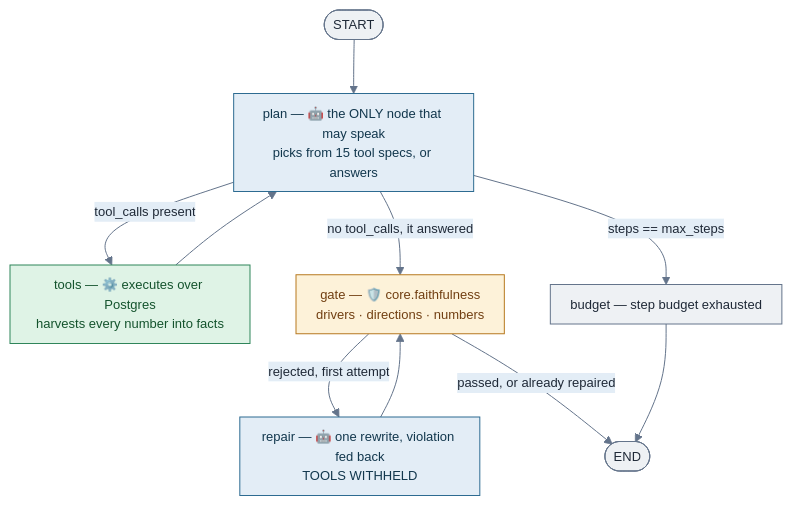
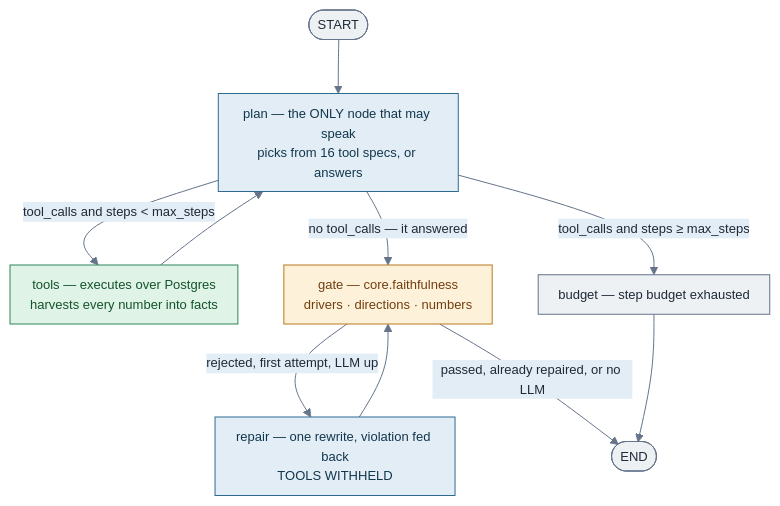
One commit to vamshi455/vrr-agent-open changed the fifth of 20 diagrams in README.md. Above: the diagram before and after it, drawn with Mermaid. The commit also changed other lines of this file, not shown here.

````diff
--- a/README.md
+++ b/README.md
@@ -474,24 +477,24 @@
 ```mermaid
 %%{init: {'theme':'base','themeVariables':{'fontFamily':'ui-sans-serif, system-ui, -apple-system, sans-serif','fontSize':'13px','lineColor':'#64748b','primaryColor':'#eef1f4','primaryTextColor':'#1f2937','primaryBorderColor':'#64748b','secondaryColor':'#e3edf6','tertiaryColor':'#eef1f4'},'flowchart':{'htmlLabels':true,'padding':10,'nodeSpacing':46,'rankSpacing':54,'curve':'basis','useMaxWidth':true},'sequence':{'useMaxWidth':true,'boxMargin':8}}}%%
 flowchart TB
     START(["START"]) --> PLAN
-    PLAN["plan — 🤖 the ONLY node that may speak<br/>picks from 15 tool specs, or answers"]
-    PLAN -->|"tool_calls present"| TOOLS
-    PLAN -->|"no tool_calls, it answered"| GATE
-    PLAN -->|"steps == max_steps"| BUDGET
-    TOOLS["tools — ⚙️ executes over Postgres<br/>harvests every number into facts"]
+    PLAN["plan — the ONLY node that may speak<br/>picks from 16 tool specs, or answers"]
+    PLAN -->|"tool_calls and steps &lt; max_steps"| TOOLS
+    PLAN -->|"no tool_calls — it answered"| GATE
+    PLAN -->|"tool_calls and steps ≥ max_steps"| BUDGET
+    TOOLS["tools — executes over Postgres<br/>harvests every number into facts"]
     TOOLS --> PLAN
-    GATE["gate — 🛡️ core.faithfulness<br/>drivers · directions · numbers"]
-    GATE -->|"rejected, first attempt"| REPAIR
-    GATE -->|"passed, or already repaired"| FIN(["END"])
-    REPAIR["repair — 🤖 one rewrite, violation fed back<br/>TOOLS WITHHELD"]
+    GATE["gate — core.faithfulness<br/>drivers · directions · numbers"]
+    GATE -->|"rejected, first attempt, LLM up"| REPAIR
+    GATE -->|"passed, already repaired, or no LLM"| FIN(["END"])
+    REPAIR["repair — one rewrite, violation fed back<br/>TOOLS WITHHELD"]
     REPAIR --> GATE
     BUDGET["budget — step budget exhausted"] --> FIN
 
     classDef data fill:#e3edf6,stroke:#2d6b91,stroke-width:1px,color:#12374d;
     classDef ok fill:#dff3e6,stroke:#2f855a,stroke-width:1px,color:#14532d;
     classDef warn fill:#fdf2d9,stroke:#b7791f,stroke-width:1px,color:#713f12;
     class PLAN,REPAIR data;
     class TOOLS ok;
     class GATE warn;
 ```
````
